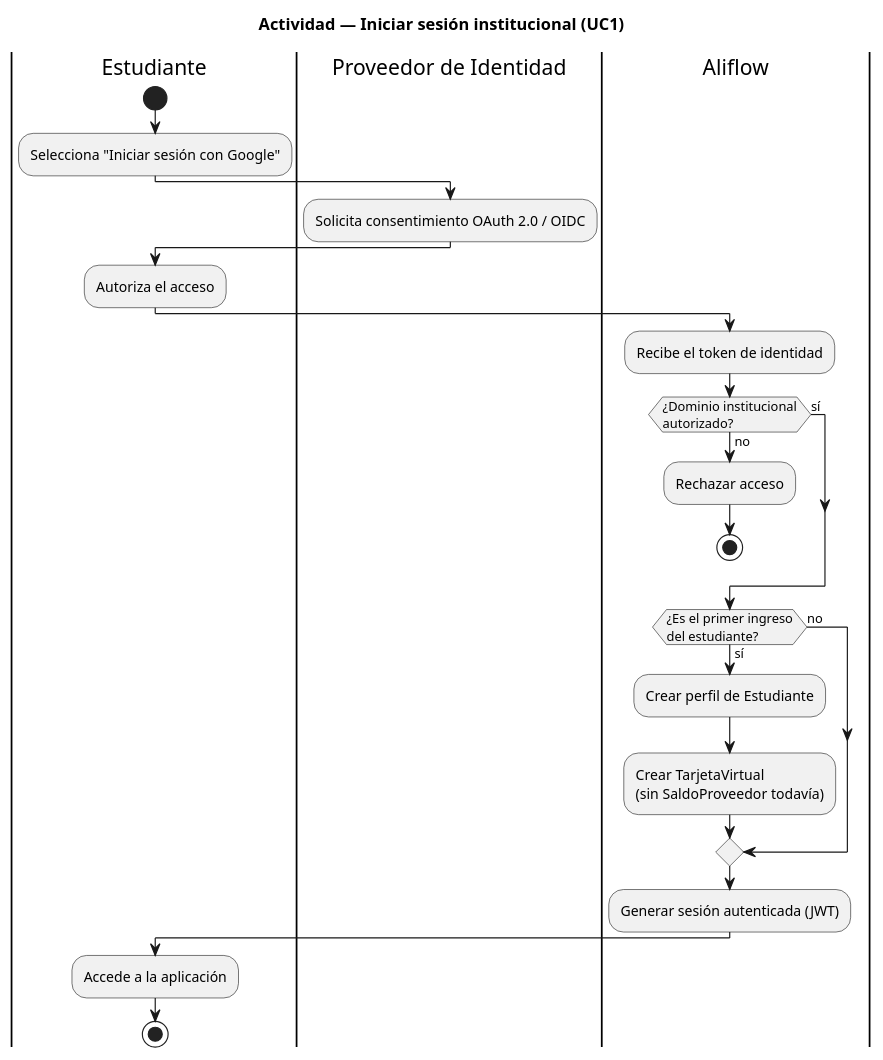
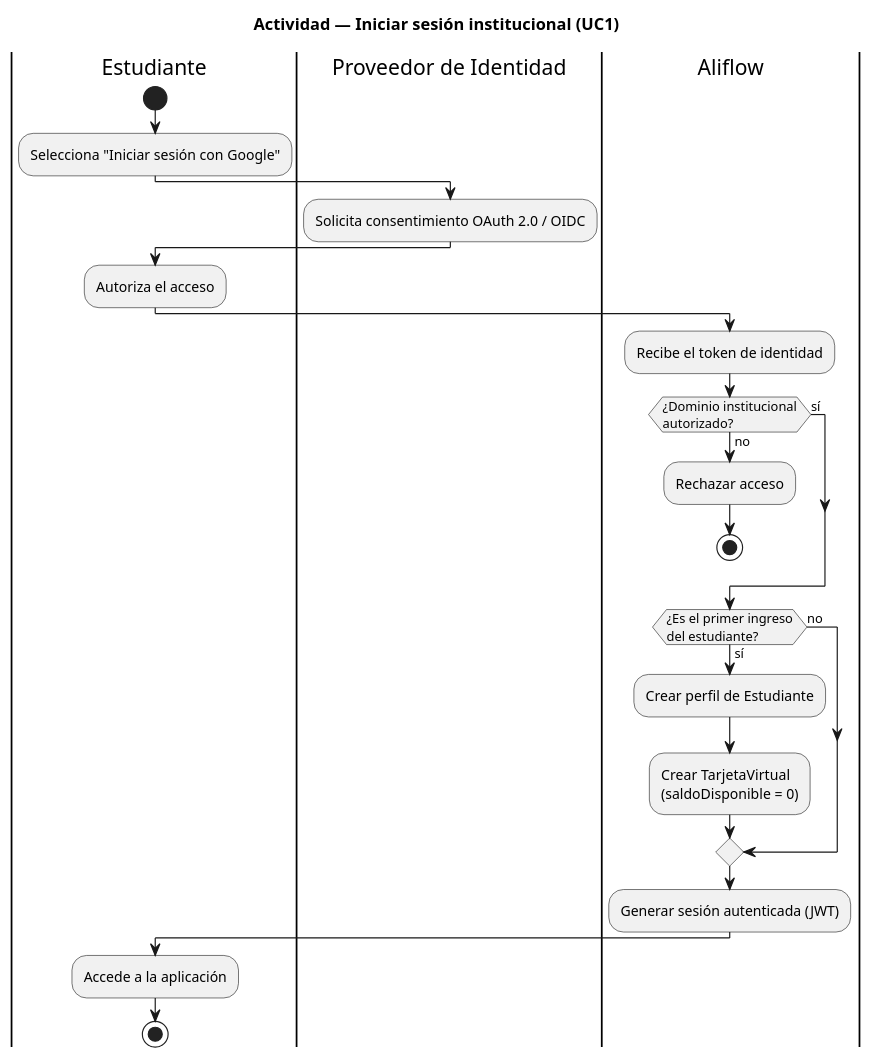
One commit to Jesus-JB/aliflow changed the diagram in uml/actividad-autenticacion.puml. Above: the diagram before and after it, drawn with PlantUML. The commit also changed 47 other files, not shown here.

```diff
--- a/uml/actividad-autenticacion.puml
+++ b/uml/actividad-autenticacion.puml
@@ -1,35 +1,35 @@
 @startuml actividad-autenticacion-aliflow
 
 title Actividad — Iniciar sesión institucional (UC1)
 
 |Estudiante|
 start
 :Selecciona "Iniciar sesión con Google";
 
 |Proveedor de Identidad|
 :Solicita consentimiento OAuth 2.0 / OIDC;
 
 |Estudiante|
 :Autoriza el acceso;
 
 |Aliflow|
 :Recibe el token de identidad;
 if (¿Dominio institucional\nautorizado?) then (no)
   :Rechazar acceso;
   stop
 else (sí)
 endif
 
 if (¿Es el primer ingreso\ndel estudiante?) then (sí)
   :Crear perfil de Estudiante;
-  :Crear TarjetaVirtual\n(sin SaldoProveedor todavía);
+  :Crear TarjetaVirtual\n(saldoDisponible = 0);
 else (no)
 endif
 
 :Generar sesión autenticada (JWT);
 
 |Estudiante|
 :Accede a la aplicación;
 stop
 
 @enduml
```
